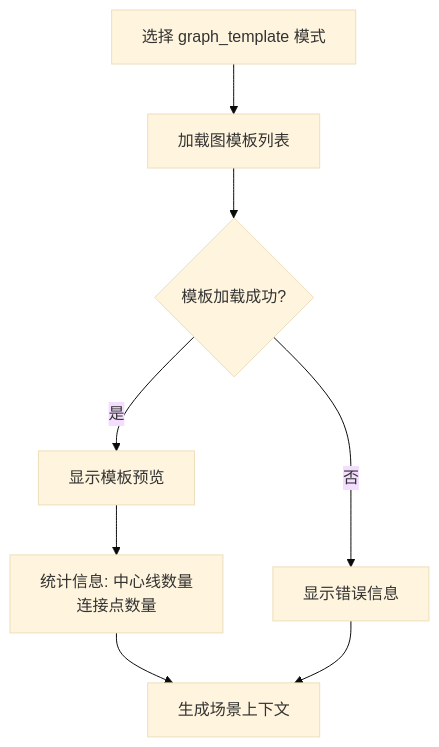
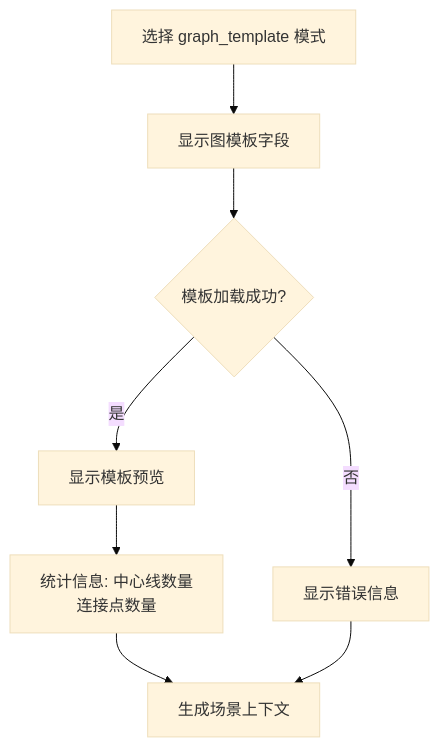
Before and after one commit to wsqstar/RoadGen3D: the sixth of 15 diagrams in .qoder/repowiki/zh/content/Web界面系统/工作台界面/场景设置面板.md, drawn with Mermaid (base theme). The commit also changed other lines of this file and 8 other files, not shown here.

````diff
--- a/.qoder/repowiki/zh/content/Web界面系统/工作台界面/场景设置面板.md
+++ b/.qoder/repowiki/zh/content/Web界面系统/工作台界面/场景设置面板.md
@@ -153,10 +269,10 @@
 ```mermaid
 flowchart TD
-A[选择 graph_template 模式] --> B[加载图模板列表]
+A[选择 graph_template 模式] --> B[显示图模板字段]
 B --> C{模板加载成功?}
 C --> |是| D[显示模板预览]
 C --> |否| E[显示错误信息]
 D --> F[统计信息: 中心线数量<br/>连接点数量]
 F --> G[生成场景上下文]
 E --> G
 ```
````
